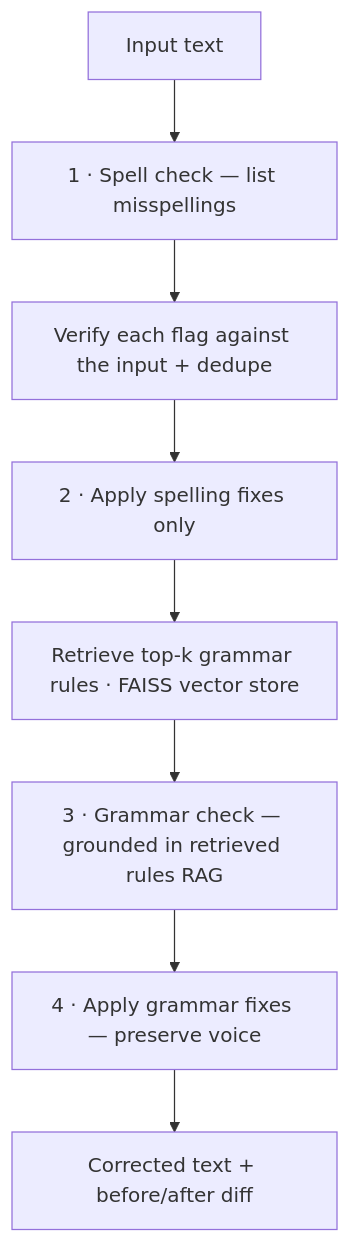
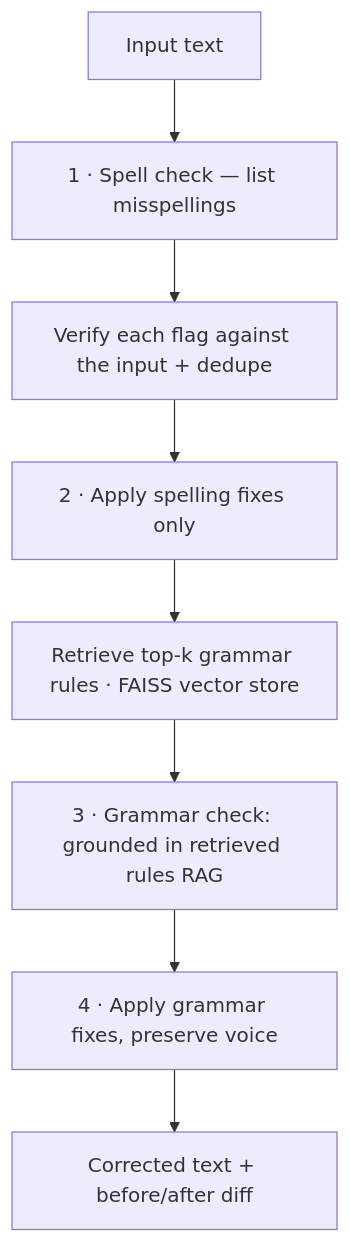
Before and after one commit to WalrusIII/YourWords: the diagram in README.md, drawn with Mermaid. The commit also changed other lines of this file, not shown here.

````diff
--- a/README.md
+++ b/README.md
@@ -33,10 +33,10 @@
 ```mermaid
 flowchart TD
     A[Input text] --> B[1 · Spell check — list misspellings]
     B --> C[Verify each flag against the input + dedupe]
     C --> D[2 · Apply spelling fixes only]
     D --> E[Retrieve top-k grammar rules · FAISS vector store]
-    E --> F[3 · Grammar check — grounded in retrieved rules RAG]
-    F --> G[4 · Apply grammar fixes — preserve voice]
+    E --> F[3 · Grammar check: grounded in retrieved rules RAG]
+    F --> G[4 · Apply grammar fixes, preserve voice]
     G --> H[Corrected text + before/after diff]
 ```
````
